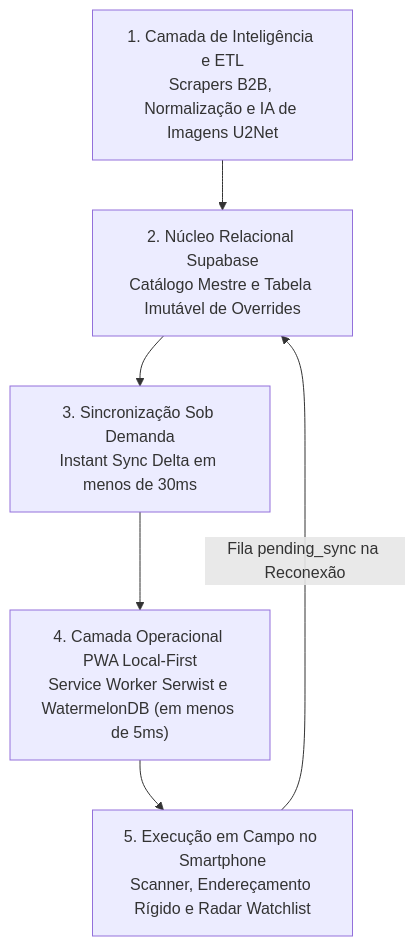
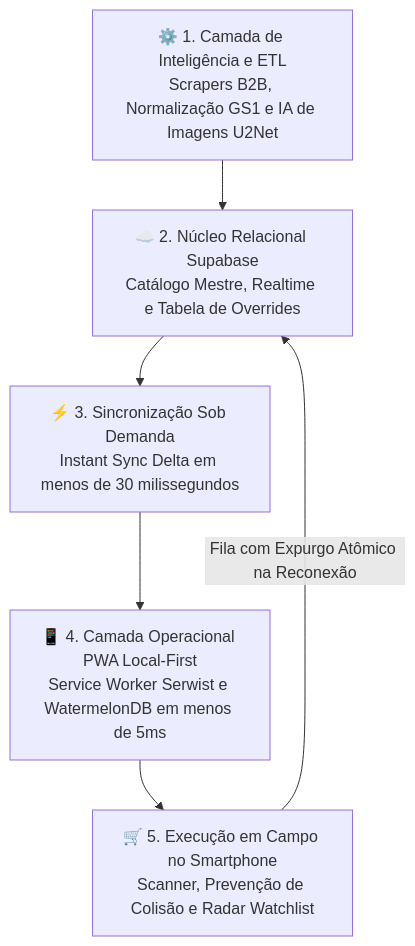
One commit to NaejBarbosa/paletscan-etl changed the first of 3 diagrams in docs/index.md. Above: the diagram before and after it, drawn with Mermaid. The commit also changed other lines of this file and 28 other files, not shown here.

Commit message:
docs: atualiza documentacao mkdocs com pontos criticos e diagramas verticalizados mobile

````diff
--- a/docs/index.md
+++ b/docs/index.md
@@ -47,9 +47,9 @@
 ```mermaid
 flowchart TD
-    C1["1. Camada de Inteligência e ETL\nScrapers B2B, Normalização e IA de Imagens U2Net"]
-    C1 --> C2["2. Núcleo Relacional Supabase\nCatálogo Mestre e Tabela Imutável de Overrides"]
-    C2 --> C3["3. Sincronização Sob Demanda\nInstant Sync Delta em menos de 30ms"]
-    C3 --> C4["4. Camada Operacional PWA Local-First\nService Worker Serwist e WatermelonDB (em menos de 5ms)"]
-    C4 --> C5["5. Execução em Campo no Smartphone\nScanner, Endereçamento Rígido e Radar Watchlist"]
-    C5 -->|Fila pending_sync na Reconexão| C2
+    C1["⚙️ 1. Camada de Inteligência e ETL\nScrapers B2B, Normalização GS1 e IA de Imagens U2Net"]
+    C1 --> C2["☁️ 2. Núcleo Relacional Supabase\nCatálogo Mestre, Realtime e Tabela de Overrides"]
+    C2 --> C3["⚡ 3. Sincronização Sob Demanda\nInstant Sync Delta em menos de 30 milissegundos"]
+    C3 --> C4["📱 4. Camada Operacional PWA Local-First\nService Worker Serwist e WatermelonDB em menos de 5ms"]
+    C4 --> C5["🛒 5. Execução em Campo no Smartphone\nScanner, Prevenção de Colisão e Radar Watchlist"]
+    C5 -->|Fila com Expurgo Atômico na Reconexão| C2
 ```
````
